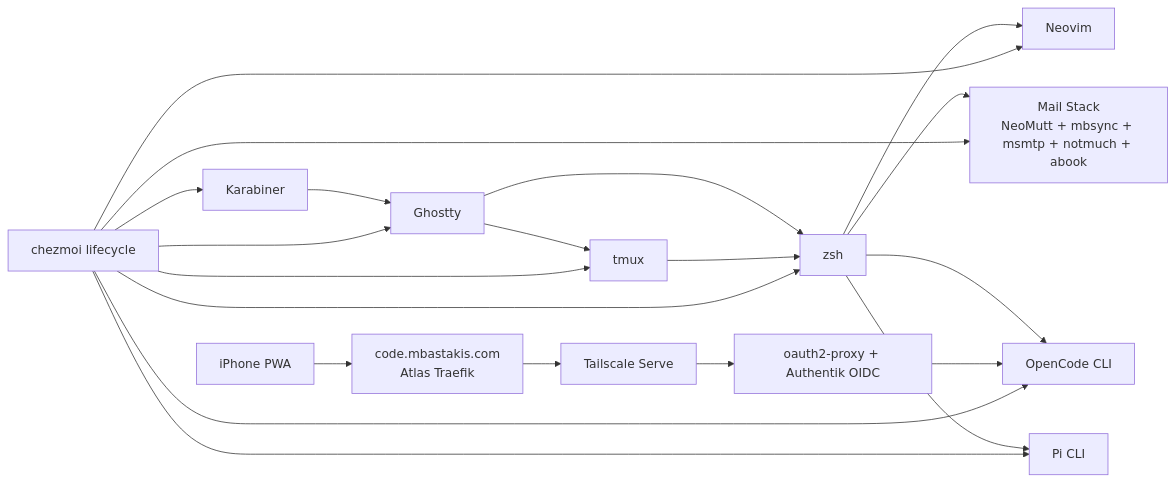
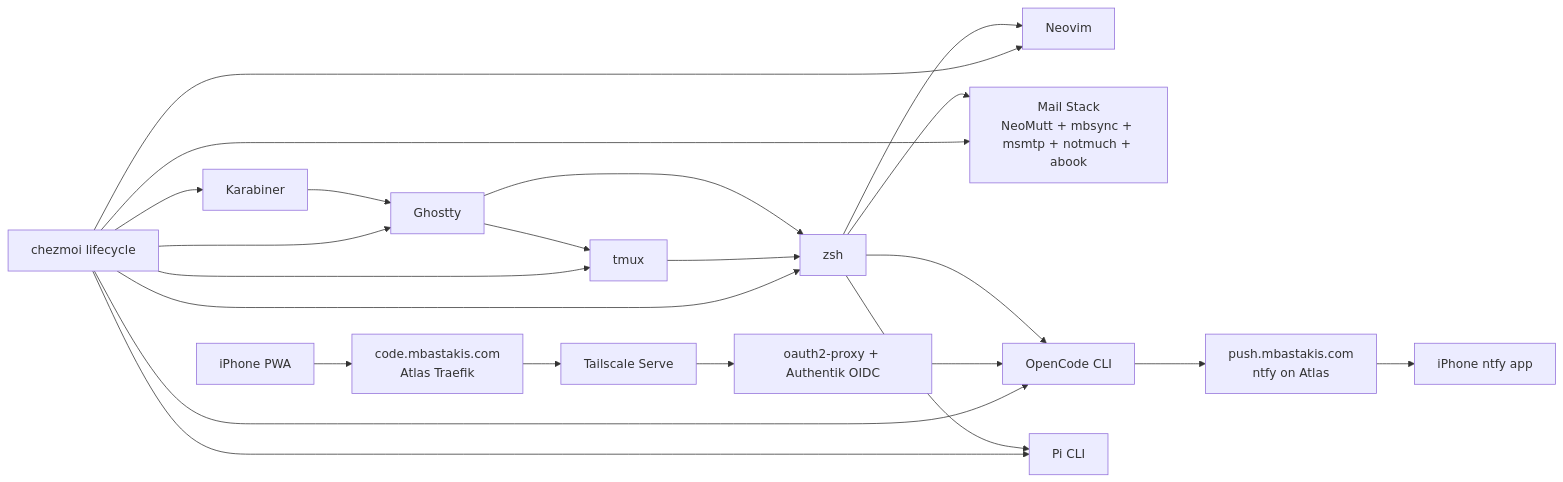
One commit to mbastakis/dotfiles changed the first of 3 diagrams in docs/architecture/overview.md. Above: the diagram before and after it, drawn with Mermaid. The commit also changed other lines of this file and 380 other files, not shown here.

````diff
--- a/docs/architecture/overview.md
+++ b/docs/architecture/overview.md
@@ -7,23 +7,25 @@
 ```mermaid
 flowchart LR
   K[Karabiner] --> G[Ghostty]
   G --> T[tmux]
   G --> Z[zsh]
   T --> Z
   Z --> N[Neovim]
   Z --> M[Mail Stack\nNeoMutt + mbsync + msmtp + notmuch + abook]
   Z --> O[OpenCode CLI]
   I[iPhone PWA] --> AT[code.mbastakis.com<br/>Atlas Traefik]
   AT --> TS[Tailscale Serve]
   TS --> A[oauth2-proxy + Authentik OIDC]
   A --> O
+  O --> PN[push.mbastakis.com<br/>ntfy on Atlas]
+  PN --> IP[iPhone ntfy app]
   Z --> P[Pi CLI]
   C[chezmoi lifecycle] --> Z
   C --> N
   C --> M
   C --> O
   C --> P
   C --> K
   C --> G
   C --> T
 ```
````
